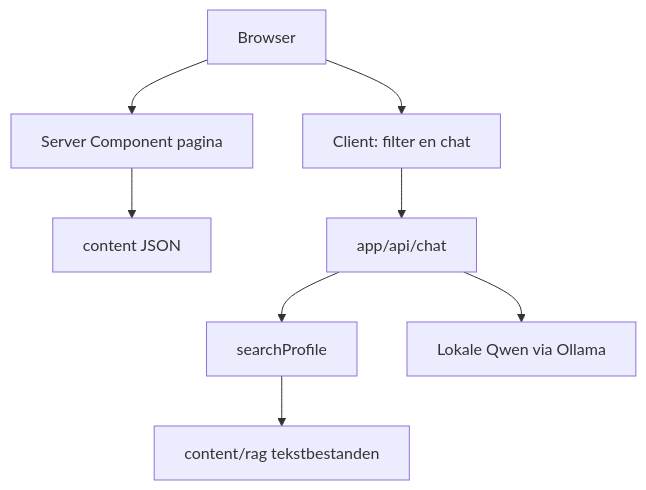
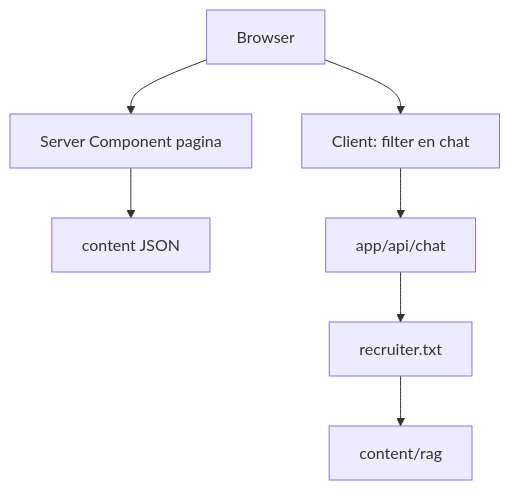
One commit to arvinwerk/portfolio-demo changed the diagram in README.md. Above: the diagram before and after it, drawn with Mermaid. The commit also changed other lines of this file and 20 other files, not shown here.

First line of the commit message:
Answer recruiter questions from the profile sheet.

````diff
--- a/README.md
+++ b/README.md
@@ -17,19 +17,17 @@
 ```mermaid
 flowchart TD
   browser[Browser]
   page[Server Component pagina]
   filter[Client: filter en chat]
   json[content JSON]
   route[app/api/chat]
-  tool[searchProfile]
-  corpus[content/rag tekstbestanden]
-  model[Lokale Qwen via Ollama]
+  sheet[recruiter.txt]
+  corpus[content/rag]
 
   browser --> page
   browser --> filter
   page --> json
   filter --> route
-  route --> tool
-  tool --> corpus
-  route --> model
+  route --> sheet
+  sheet --> corpus
 ```
````
